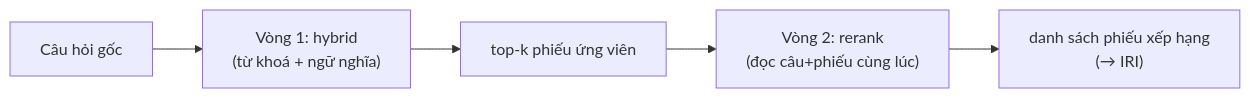
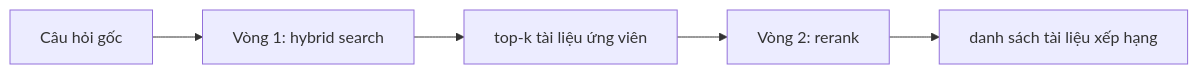
One commit to vpthinh19/ontology-chatbot changed the eighth of 10 diagrams in docs/CONCEPT.md. Above: the diagram before and after it, drawn with Mermaid. The commit also changed other lines of this file, not shown here.

````diff
--- a/docs/CONCEPT.md
+++ b/docs/CONCEPT.md
@@ -339,7 +410,7 @@
 ```mermaid
 flowchart LR
-    Q["Câu hỏi gốc"] --> S1["Vòng 1: hybrid<br/>(từ khoá + ngữ nghĩa)"]
-    S1 --> K["top-k phiếu ứng viên"]
-    K --> S2["Vòng 2: rerank<br/>(đọc câu+phiếu cùng lúc)"]
-    S2 --> OUT["danh sách phiếu xếp hạng<br/>(→ IRI)"]
+    Q["Câu hỏi gốc"] --> S1["Vòng 1: hybrid search"]
+    S1 --> K["top-k tài liệu ứng viên"]
+    K --> S2["Vòng 2: rerank"]
+    S2 --> OUT["danh sách tài liệu xếp hạng"]
 ```
````
